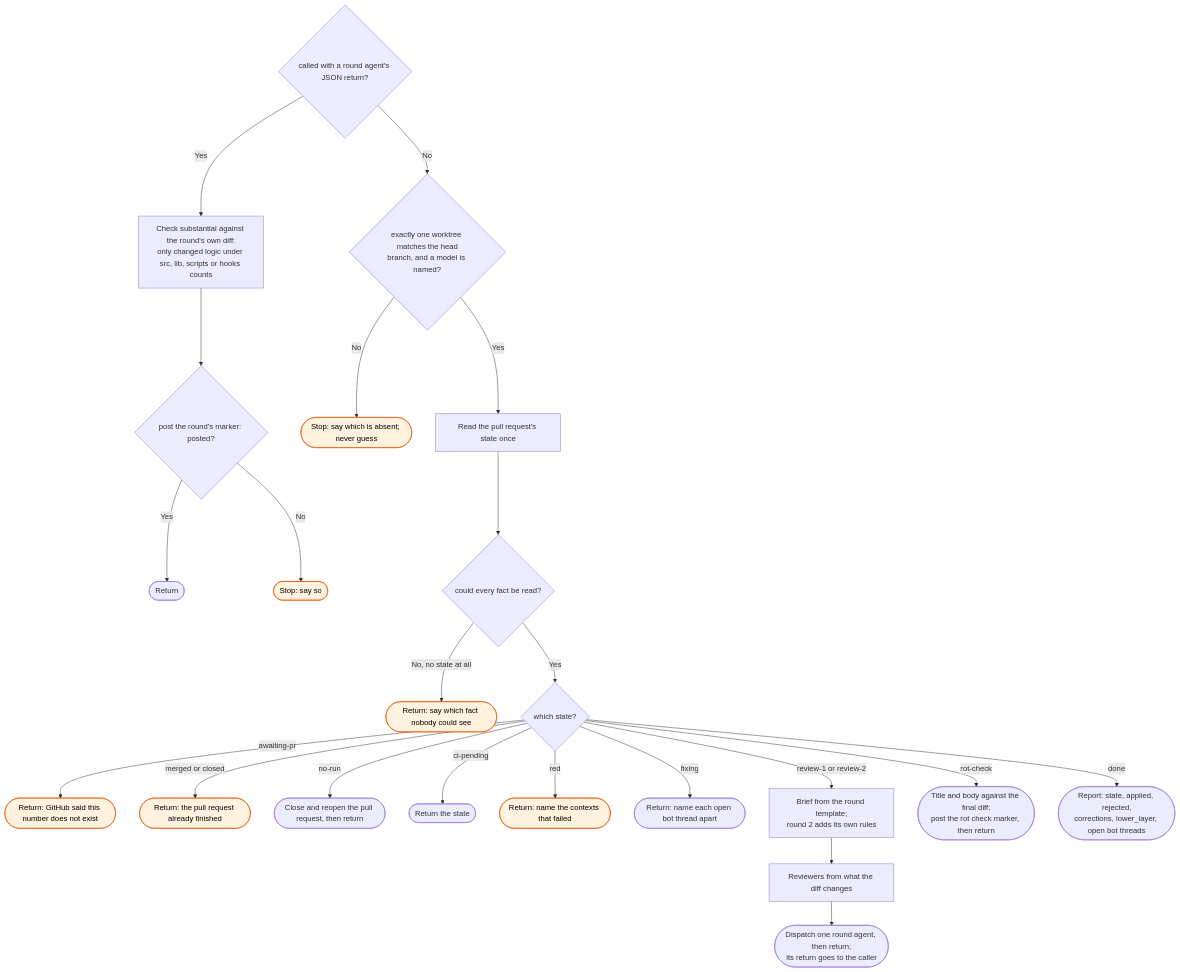
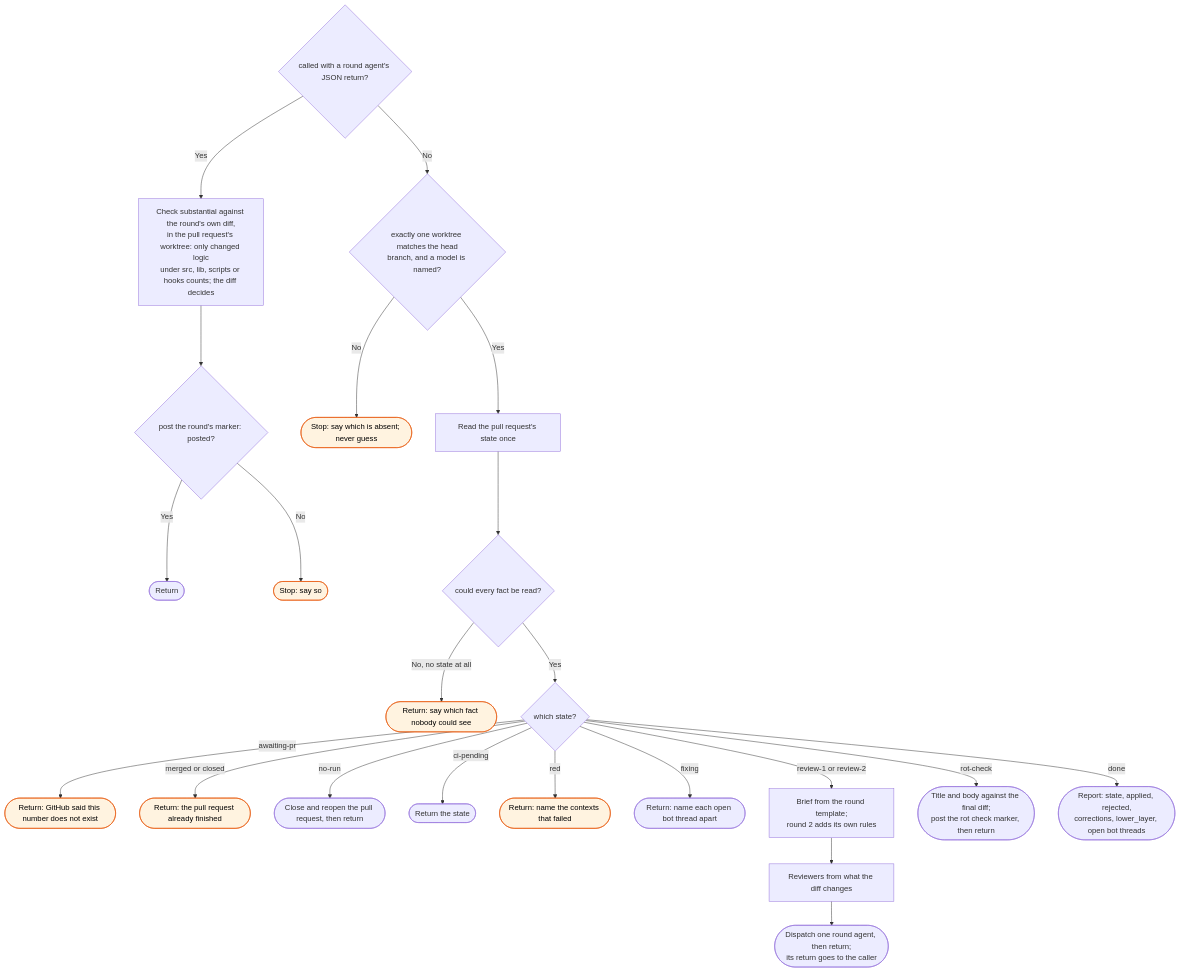
Before and after one commit to bje-settings/claude: the diagram in docs/flows/workstreams/review/_skill-flow.md, drawn with Mermaid. The commit also changed 1 other file, not shown here.

Commit message:
fix(workstreams): the round's diff decides the substantial marker

````diff
--- a/docs/flows/workstreams/review/_skill-flow.md
+++ b/docs/flows/workstreams/review/_skill-flow.md
@@ -15,31 +15,31 @@
 ```mermaid
 flowchart TD
     R0{called with a round agent's JSON return?}
-    R0 -->|Yes| RS[Check substantial against the round's own diff:<br/>only changed logic under src, lib, scripts or hooks counts]
+    R0 -->|Yes| RS[Check substantial against the round's own diff,<br/>in the pull request's worktree: only changed logic<br/>under src, lib, scripts or hooks counts; the diff decides]
     RS --> R2{post the round's marker: posted?}
     R2 -->|Yes| R1([Return])
     R2 -->|No| R3([Stop: say so]):::stop
     R0 -->|No| W{exactly one worktree matches the head<br/>branch, and a model is named?}
     W -->|No| W1([Stop: say which is absent; never guess]):::stop
     W -->|Yes| C[Read the pull request's state once]
 
     C --> D{could every fact be read?}
     D -->|No, no state at all| D1([Return: say which fact nobody could see]):::stop
     D -->|Yes| E{which state?}
 
     E -->|awaiting-pr| E1([Return: GitHub said this number does not exist]):::stop
     E -->|merged or closed| E1b([Return: the pull request already finished]):::stop
     E -->|no-run| F([Close and reopen the pull request, then return])
     E -->|ci-pending| G([Return the state])
     E -->|red| G1([Return: name the contexts that failed]):::stop
     E -->|fixing| G2([Return: name each open bot thread apart])
 
     E -->|review-1 or review-2| I[Brief from the round template;<br/>round 2 adds its own rules]
     I --> J[Reviewers from what the diff changes]
     J --> K([Dispatch one round agent, then return;<br/>its return goes to the caller])
 
     E -->|rot-check| Q([Title and body against the final diff;<br/>post the rot check marker, then return])
     E -->|done| S([Report: state, applied, rejected,<br/>corrections, lower_layer, open bot threads])
 
     classDef stop fill:#fff3e0,stroke:#e65100,color:#000
 ```
````
